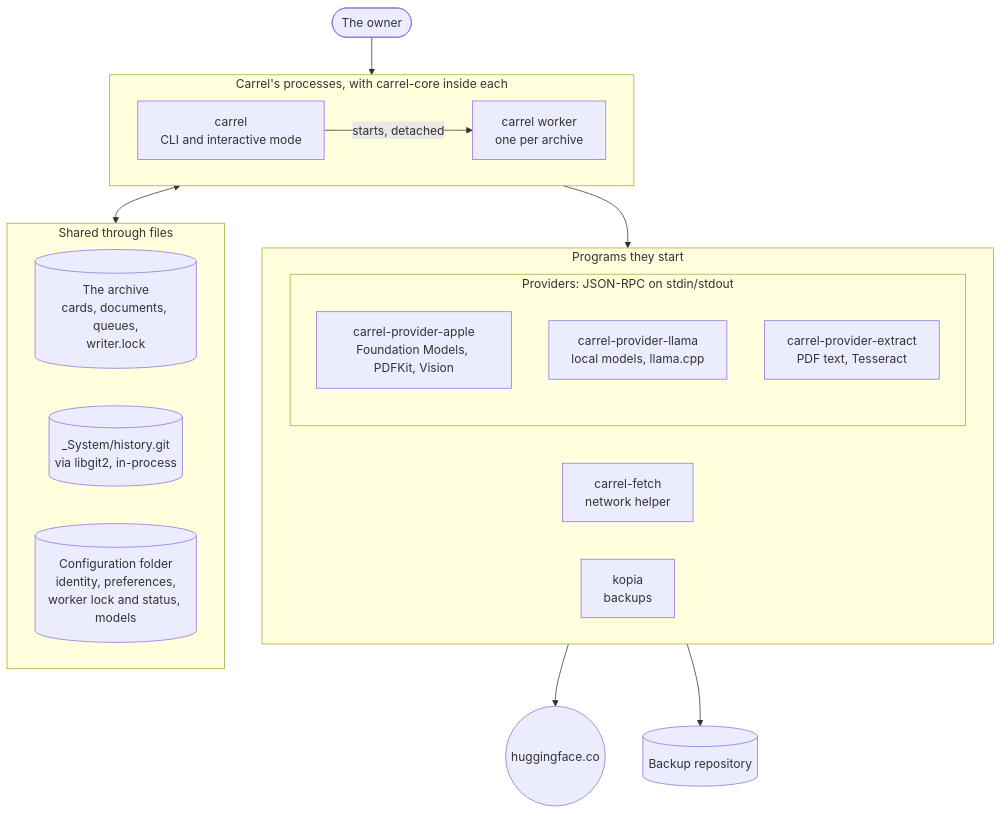
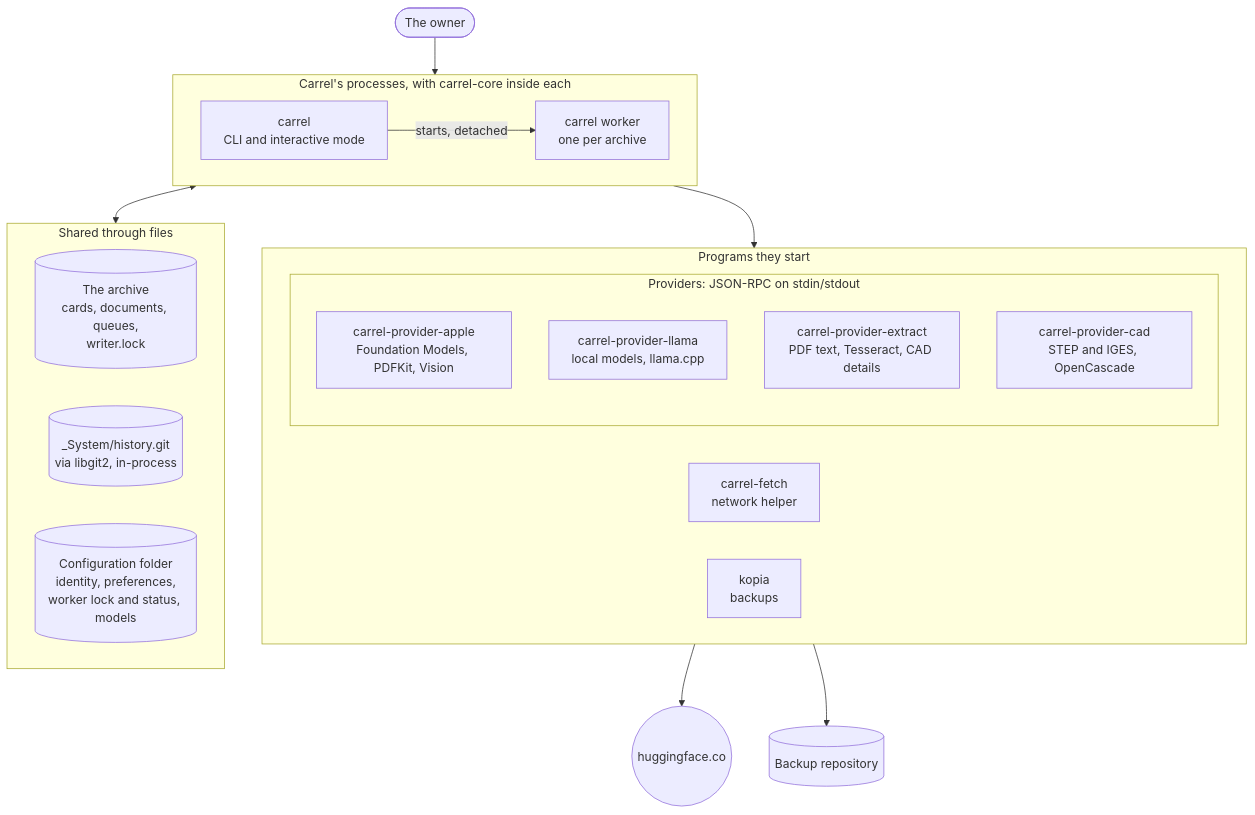
Before and after one commit to HannahARose/carrel: the first of 5 diagrams in docs/dev/architecture.md, drawn with Mermaid. The commit also changed other lines of this file and 26 other files, not shown here.

First line of the commit message:
Draw STEP and IGES models with carrel-provider-cad

````diff
--- a/docs/dev/architecture.md
+++ b/docs/dev/architecture.md
@@ -9,29 +9,30 @@
 ```mermaid
 flowchart TB
     owner([The owner]) --> cli
     subgraph procs["Carrel's processes, with carrel-core inside each"]
         direction LR
         cli["carrel<br/>CLI and interactive mode"] -- "starts, detached" --> worker["carrel worker<br/>one per archive"]
     end
     subgraph started["Programs they start"]
         direction LR
         subgraph providers["Providers: JSON-RPC on stdin/stdout"]
             direction TB
             apple["carrel-provider-apple<br/>Foundation Models, PDFKit, Vision"]
             llama["carrel-provider-llama<br/>local models, llama.cpp"]
-            extract["carrel-provider-extract<br/>PDF text, Tesseract"]
+            extract["carrel-provider-extract<br/>PDF text, Tesseract, CAD details"]
+            cad["carrel-provider-cad<br/>STEP and IGES, OpenCascade"]
         end
         fetch["carrel-fetch<br/>network helper"]
         kopia["kopia<br/>backups"]
     end
     subgraph shared["Shared through files"]
         direction LR
         archive[("The archive<br/>cards, documents, queues,<br/>writer.lock")]
         history[("_System/history.git<br/>via libgit2, in-process")]
         config[("Configuration folder<br/>identity, preferences,<br/>worker lock and status, models")]
     end
     procs --> started
     procs <--> shared
     fetch --> net(("huggingface.co"))
     kopia --> repo[("Backup repository")]
 ```
````
